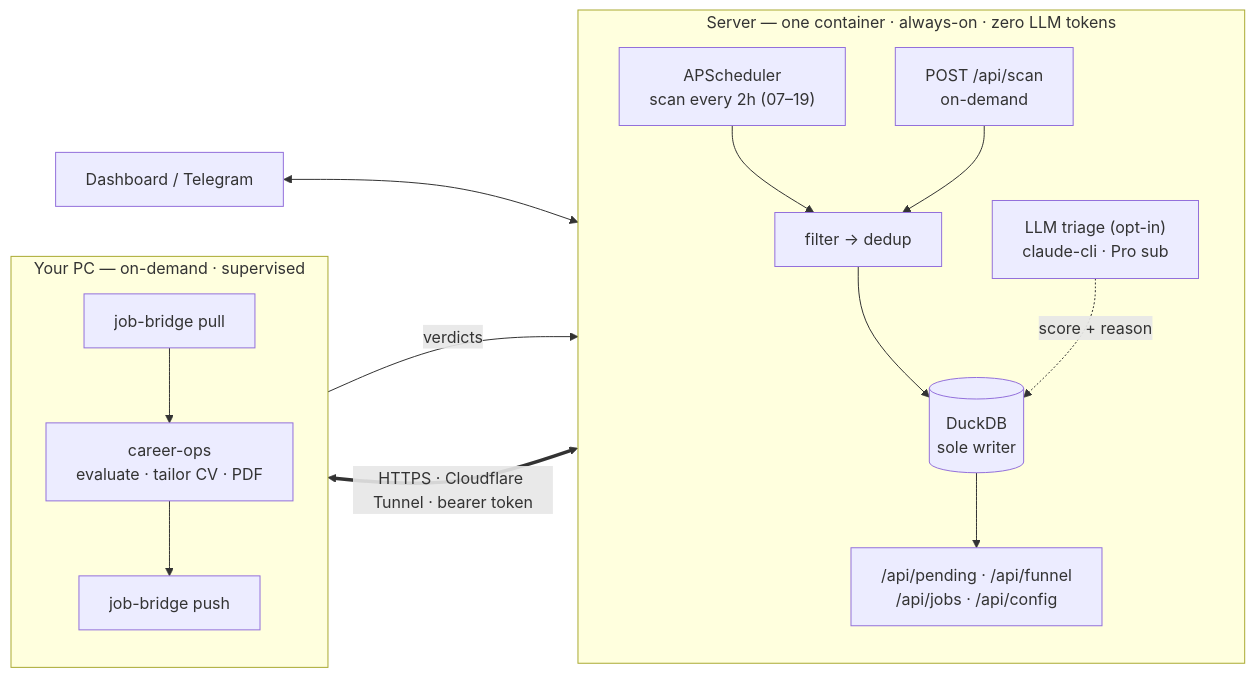
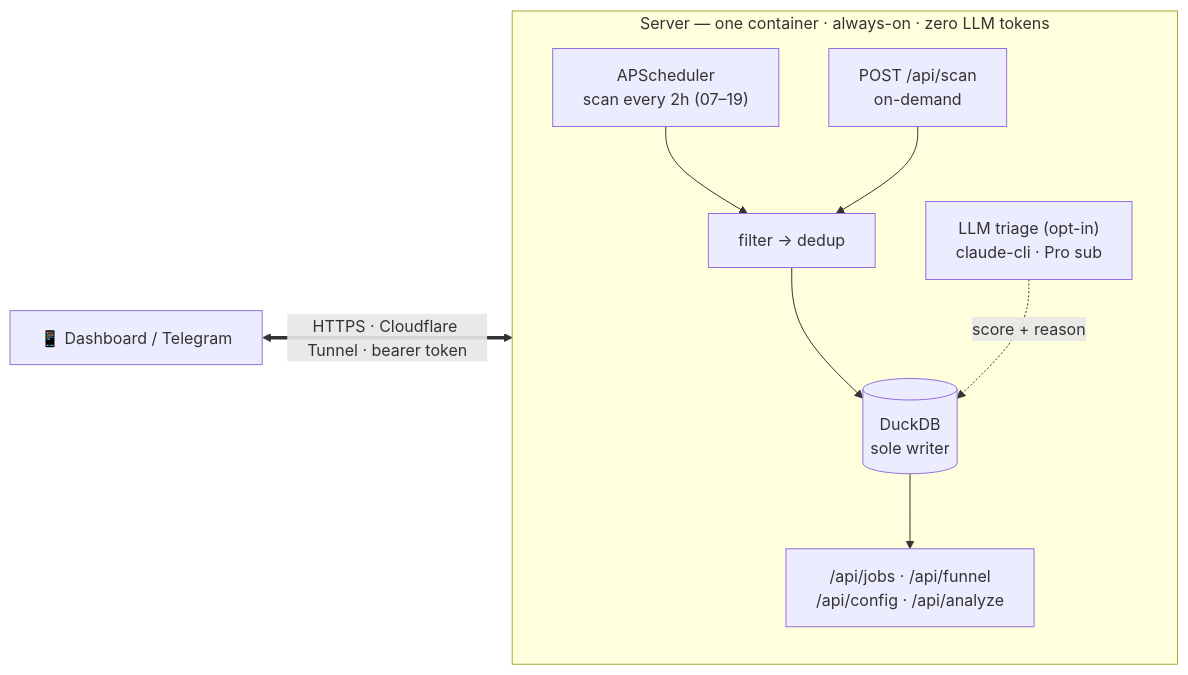
The diagram in README.md (Gofka81/job-hunt), drawn with Mermaid before and after one commit. The commit also changed other lines of this file and 2 other files, not shown here.

````diff
--- a/README.md
+++ b/README.md
@@ -102,18 +115,12 @@
 ```mermaid
 flowchart LR
   subgraph SRV["Server — one container · always-on · zero LLM tokens"]
     direction TB
     SCH["APScheduler<br/>scan every 2h (07–19)"] --> SCAN
     SCANBTN["POST /api/scan<br/>on-demand"] --> SCAN
     SCAN["filter → dedup"] --> DB[("DuckDB<br/>sole writer")]
     TRIAGE["LLM triage (opt-in)<br/>claude-cli · Pro sub"] -.->|score + reason| DB
-    DB --> EP["/api/pending · /api/funnel<br/>/api/jobs · /api/config"]
+    DB --> EP["/api/jobs · /api/funnel<br/>/api/config · /api/analyze"]
   end
-  subgraph PC["Your PC — on-demand · supervised"]
-    direction TB
-    PULL["job-bridge pull"] --> COPS["career-ops<br/>evaluate · tailor CV · PDF"] --> PUSH["job-bridge push"]
-  end
-  DASH["Dashboard / Telegram"] <--> EP
-  EP <==>|"HTTPS · Cloudflare Tunnel · bearer token"| PULL
-  PUSH -->|verdicts| EP
+  DASH["📱 Dashboard / Telegram"] <==>|"HTTPS · Cloudflare Tunnel · bearer token"| EP
 ```
````
